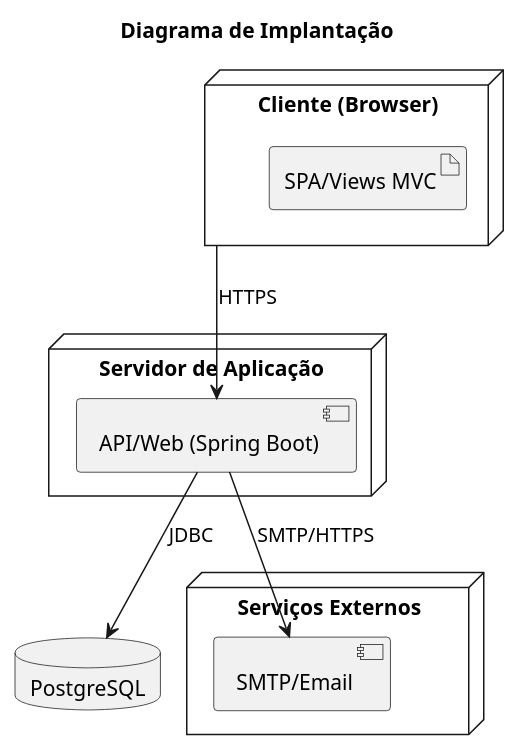
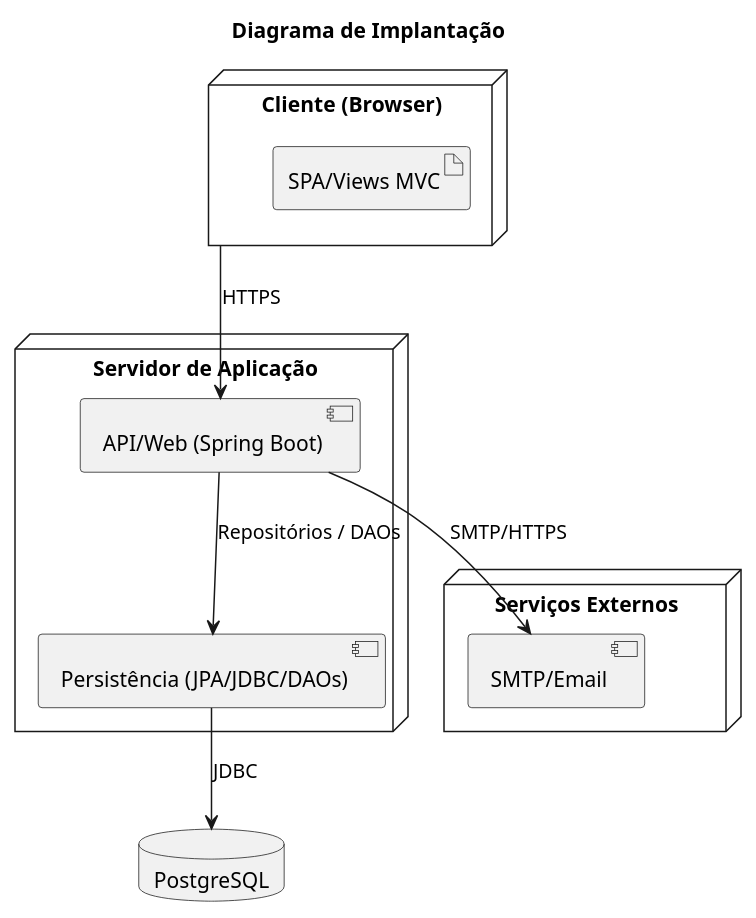
One commit to pedrolucas444/sistema-moeda-estudantil changed the diagram in projeto/Diagrama de Implantação.puml. Above: the diagram before and after it, drawn with PlantUML. The commit also changed 8 other files, not shown here.

Commit message:
Corrigindo o diagrama de classe, implantacao e ER

```diff
--- a/projeto/Diagrama de Implantação.puml
+++ b/projeto/Diagrama de Implantação.puml
@@ -1,22 +1,25 @@
 @startuml
 title Diagrama de Implantação
 
 node "Cliente (Browser)" as Browser {
   artifact "SPA/Views MVC"
 }
 
 node "Servidor de Aplicação" as App {
   component "API/Web (Spring Boot)" as Api
+  component "Persistência (JPA/JDBC/DAOs)" as Persist
 }
 
 node "Serviços Externos" as Ext {
   component "SMTP/Email" as Smtp
 }
 
 database "PostgreSQL" as Pg
 
+' ===== Comunicação =====
 Browser --> Api : HTTPS
-Api --> Pg : JDBC
+Api --> Persist : Repositórios / DAOs
+Persist --> Pg : JDBC
 Api --> Smtp : SMTP/HTTPS
 
 @enduml
```
